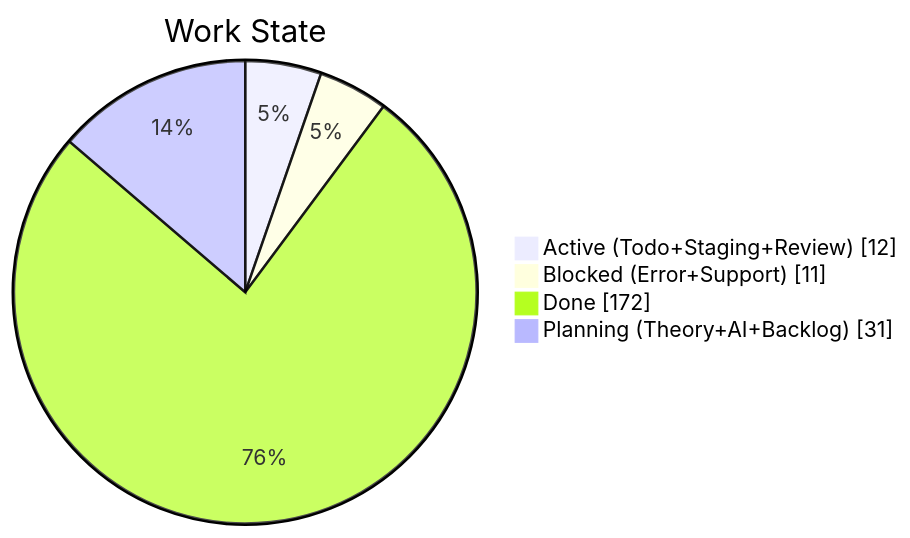
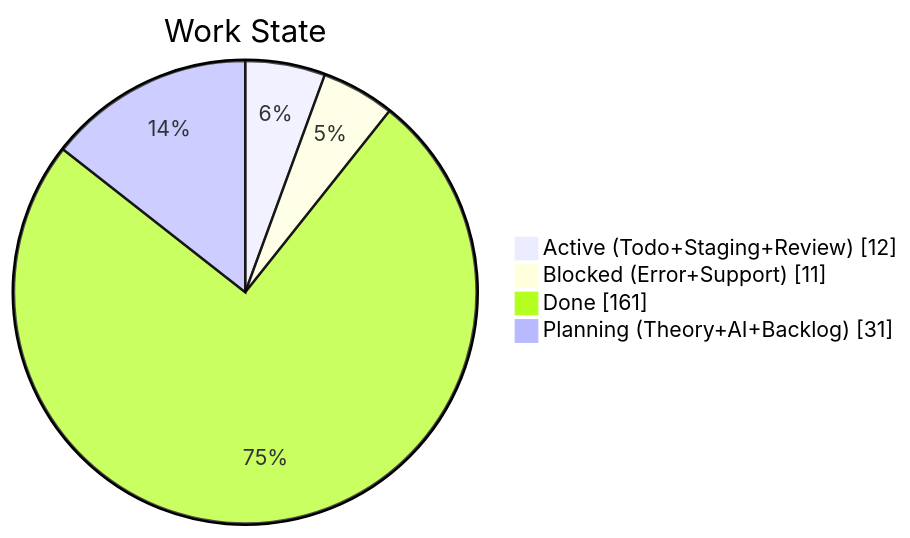
One commit to KBVE/kbve changed the second of 4 diagrams in apps/kbve/astro-kbve/src/content/docs/dashboard/kanban-data.mdx. Above: the diagram before and after it, drawn with Mermaid. The commit also changed other lines of this file and 8 other files, not shown here.

````diff
--- a/apps/kbve/astro-kbve/src/content/docs/dashboard/kanban-data.mdx
+++ b/apps/kbve/astro-kbve/src/content/docs/dashboard/kanban-data.mdx
@@ -68,8 +68,8 @@
 ```mermaid
 pie showData
     title Work State
     "Active (Todo+Staging+Review)" : 12
     "Blocked (Error+Support)" : 11
-    "Done" : 172
+    "Done" : 161
     "Planning (Theory+AI+Backlog)" : 31
 ```
````
